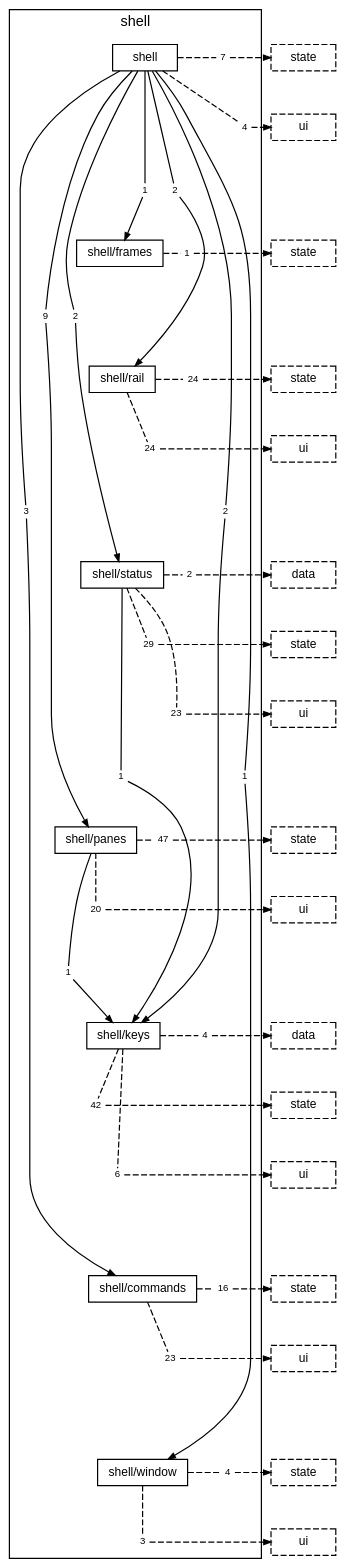
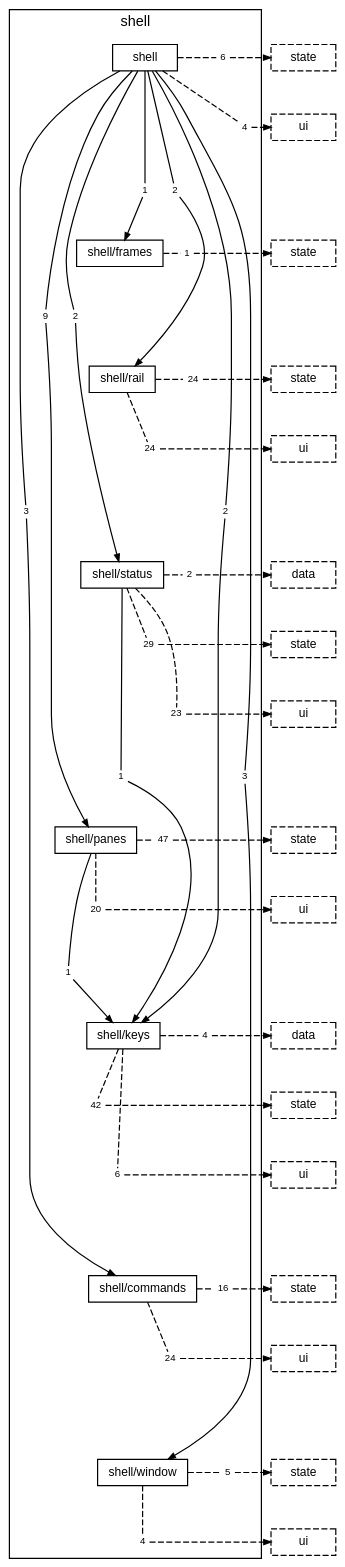
One commit to TheAxeC/oculus changed the diagram in docs/diagrams/layer-shell.dot. Above: the diagram before and after it, drawn with Graphviz. The commit also changed 390 other files, not shown here.

```diff
--- a/docs/diagrams/layer-shell.dot
+++ b/docs/diagrams/layer-shell.dot
@@ -1,135 +1,135 @@
 digraph layer_shell {
     graph [bgcolor="transparent", rankdir=TB, newrank=true, mclimit=4, fontname="Helvetica,Arial,sans-serif", fontsize=12, nodesep=0.2, ranksep=0.5];
     node [shape=box, color="black", fontcolor="black", fontname="Helvetica,Arial,sans-serif", fontsize=10, height=0.3, margin="0.12,0.04"];
     edge [color="black", fontcolor="black", fontname="Helvetica,Arial,sans-serif", fontsize=8, arrowsize=0.6];
     subgraph "cluster_shell" {
         label="shell"; style=solid;
         "folder shell" [label="shell"];
         "folder shell/frames" [label="shell/frames"];
         "folder shell/rail" [label="shell/rail"];
         "folder shell/status" [label="shell/status"];
         "folder shell/panes" [label="shell/panes"];
         "folder shell/keys" [label="shell/keys"];
         "folder shell/commands" [label="shell/commands"];
         "folder shell/window" [label="shell/window"];
         "folder shell to folder shell/commands" [label="3", shape=box, color="transparent", fontsize=8, width=0, height=0, margin="0.04,0.02"];
         "folder shell to folder shell/frames" [label="1", shape=box, color="transparent", fontsize=8, width=0, height=0, margin="0.04,0.02"];
         "folder shell to folder shell/keys" [label="2", shape=box, color="transparent", fontsize=8, width=0, height=0, margin="0.04,0.02"];
         "folder shell to folder shell/panes" [label="9", shape=box, color="transparent", fontsize=8, width=0, height=0, margin="0.04,0.02"];
         "folder shell to folder shell/rail" [label="2", shape=box, color="transparent", fontsize=8, width=0, height=0, margin="0.04,0.02"];
         "folder shell to folder shell/status" [label="2", shape=box, color="transparent", fontsize=8, width=0, height=0, margin="0.04,0.02"];
-        "folder shell to folder shell/window" [label="1", shape=box, color="transparent", fontsize=8, width=0, height=0, margin="0.04,0.02"];
-        "folder shell to layer state" [label="7", shape=box, color="transparent", fontsize=8, width=0, height=0, margin="0.04,0.02"];
+        "folder shell to folder shell/window" [label="3", shape=box, color="transparent", fontsize=8, width=0, height=0, margin="0.04,0.02"];
+        "folder shell to layer state" [label="6", shape=box, color="transparent", fontsize=8, width=0, height=0, margin="0.04,0.02"];
         "folder shell to layer ui" [label="4", shape=box, color="transparent", fontsize=8, width=0, height=0, margin="0.04,0.02"];
         "folder shell/frames to layer state" [label="1", shape=box, color="transparent", fontsize=8, width=0, height=0, margin="0.04,0.02"];
         "folder shell/rail to layer state" [label="24", shape=box, color="transparent", fontsize=8, width=0, height=0, margin="0.04,0.02"];
         "folder shell/rail to layer ui" [label="24", shape=box, color="transparent", fontsize=8, width=0, height=0, margin="0.04,0.02"];
         "folder shell/status to folder shell/keys" [label="1", shape=box, color="transparent", fontsize=8, width=0, height=0, margin="0.04,0.02"];
         "folder shell/status to layer data" [label="2", shape=box, color="transparent", fontsize=8, width=0, height=0, margin="0.04,0.02"];
         "folder shell/status to layer state" [label="29", shape=box, color="transparent", fontsize=8, width=0, height=0, margin="0.04,0.02"];
         "folder shell/status to layer ui" [label="23", shape=box, color="transparent", fontsize=8, width=0, height=0, margin="0.04,0.02"];
         "folder shell/panes to folder shell/keys" [label="1", shape=box, color="transparent", fontsize=8, width=0, height=0, margin="0.04,0.02"];
         "folder shell/panes to layer state" [label="47", shape=box, color="transparent", fontsize=8, width=0, height=0, margin="0.04,0.02"];
         "folder shell/panes to layer ui" [label="20", shape=box, color="transparent", fontsize=8, width=0, height=0, margin="0.04,0.02"];
         "folder shell/keys to layer data" [label="4", shape=box, color="transparent", fontsize=8, width=0, height=0, margin="0.04,0.02"];
         "folder shell/keys to layer state" [label="42", shape=box, color="transparent", fontsize=8, width=0, height=0, margin="0.04,0.02"];
         "folder shell/keys to layer ui" [label="6", shape=box, color="transparent", fontsize=8, width=0, height=0, margin="0.04,0.02"];
         "folder shell/commands to layer state" [label="16", shape=box, color="transparent", fontsize=8, width=0, height=0, margin="0.04,0.02"];
-        "folder shell/commands to layer ui" [label="23", shape=box, color="transparent", fontsize=8, width=0, height=0, margin="0.04,0.02"];
-        "folder shell/window to layer state" [label="4", shape=box, color="transparent", fontsize=8, width=0, height=0, margin="0.04,0.02"];
-        "folder shell/window to layer ui" [label="3", shape=box, color="transparent", fontsize=8, width=0, height=0, margin="0.04,0.02"];
+        "folder shell/commands to layer ui" [label="24", shape=box, color="transparent", fontsize=8, width=0, height=0, margin="0.04,0.02"];
+        "folder shell/window to layer state" [label="5", shape=box, color="transparent", fontsize=8, width=0, height=0, margin="0.04,0.02"];
+        "folder shell/window to layer ui" [label="4", shape=box, color="transparent", fontsize=8, width=0, height=0, margin="0.04,0.02"];
     }
     "layer state from folder shell" [label="state", style=dashed];
     "layer ui from folder shell" [label="ui", style=dashed];
     "layer state from folder shell/frames" [label="state", style=dashed];
     "layer state from folder shell/rail" [label="state", style=dashed];
     "layer ui from folder shell/rail" [label="ui", style=dashed];
     "layer data from folder shell/status" [label="data", style=dashed];
     "layer state from folder shell/status" [label="state", style=dashed];
     "layer ui from folder shell/status" [label="ui", style=dashed];
     "layer state from folder shell/panes" [label="state", style=dashed];
     "layer ui from folder shell/panes" [label="ui", style=dashed];
     "layer data from folder shell/keys" [label="data", style=dashed];
     "layer state from folder shell/keys" [label="state", style=dashed];
     "layer ui from folder shell/keys" [label="ui", style=dashed];
     "layer state from folder shell/commands" [label="state", style=dashed];
     "layer ui from folder shell/commands" [label="ui", style=dashed];
     "layer state from folder shell/window" [label="state", style=dashed];
     "layer ui from folder shell/window" [label="ui", style=dashed];
     "folder shell" -> "folder shell/frames" [style=invis, weight=10, minlen=3];
     "folder shell/frames" -> "folder shell/rail" [style=invis, weight=10, minlen=2];
     "folder shell/rail" -> "folder shell/status" [style=invis, weight=10, minlen=3];
     "folder shell/status" -> "folder shell/panes" [style=invis, weight=10, minlen=4];
     "folder shell/panes" -> "folder shell/keys" [style=invis, weight=10, minlen=3];
     "folder shell/keys" -> "folder shell/commands" [style=invis, weight=10, minlen=4];
     "folder shell/commands" -> "folder shell/window" [style=invis, weight=10, minlen=3];
     "folder shell" -> "folder shell to folder shell/commands" [arrowhead=none, minlen=7, weight=10];
     "folder shell to folder shell/commands" -> "folder shell/commands" [];
     "folder shell" -> "folder shell to folder shell/frames" [arrowhead=none, minlen=2, weight=10];
     "folder shell to folder shell/frames" -> "folder shell/frames" [];
     "folder shell" -> "folder shell to folder shell/keys" [arrowhead=none, minlen=7, weight=10];
     "folder shell to folder shell/keys" -> "folder shell/keys" [];
     "folder shell" -> "folder shell to folder shell/panes" [arrowhead=none, minlen=4, weight=10];
     "folder shell to folder shell/panes" -> "folder shell/panes" [];
     "folder shell" -> "folder shell to folder shell/rail" [arrowhead=none, minlen=2, weight=10];
     "folder shell to folder shell/rail" -> "folder shell/rail" [];
     "folder shell" -> "folder shell to folder shell/status" [arrowhead=none, minlen=4, weight=10];
     "folder shell to folder shell/status" -> "folder shell/status" [];
     "folder shell" -> "folder shell to folder shell/window" [arrowhead=none, minlen=11, weight=10];
     "folder shell to folder shell/window" -> "folder shell/window" [];
     "folder shell" -> "folder shell to layer state" [arrowhead=none, style=dashed];
     "folder shell to layer state" -> "layer state from folder shell" [style=dashed];
     { rank=same; "folder shell"; "folder shell to layer state"; "layer state from folder shell"; }
     "folder shell" -> "folder shell to layer ui" [arrowhead=none, style=dashed, minlen=1, weight=10];
     "folder shell to layer ui" -> "layer ui from folder shell" [style=dashed];
     { rank=same; "folder shell to layer ui"; "layer ui from folder shell"; }
     "folder shell/frames" -> "folder shell/frames to layer state" [arrowhead=none, style=dashed];
     "folder shell/frames to layer state" -> "layer state from folder shell/frames" [style=dashed];
     { rank=same; "folder shell/frames"; "folder shell/frames to layer state"; "layer state from folder shell/frames"; }
     "folder shell/rail" -> "folder shell/rail to layer state" [arrowhead=none, style=dashed];
     "folder shell/rail to layer state" -> "layer state from folder shell/rail" [style=dashed];
     { rank=same; "folder shell/rail"; "folder shell/rail to layer state"; "layer state from folder shell/rail"; }
     "folder shell/rail" -> "folder shell/rail to layer ui" [arrowhead=none, style=dashed, minlen=1, weight=10];
     "folder shell/rail to layer ui" -> "layer ui from folder shell/rail" [style=dashed];
     { rank=same; "folder shell/rail to layer ui"; "layer ui from folder shell/rail"; }
     "folder shell/status" -> "folder shell/status to folder shell/keys" [arrowhead=none, minlen=3, weight=10];
     "folder shell/status to folder shell/keys" -> "folder shell/keys" [];
     "folder shell/status" -> "folder shell/status to layer data" [arrowhead=none, style=dashed];
     "folder shell/status to layer data" -> "layer data from folder shell/status" [style=dashed];
     { rank=same; "folder shell/status"; "folder shell/status to layer data"; "layer data from folder shell/status"; }
     "folder shell/status" -> "folder shell/status to layer state" [arrowhead=none, style=dashed, minlen=1, weight=10];
     "folder shell/status to layer state" -> "layer state from folder shell/status" [style=dashed];
     { rank=same; "folder shell/status to layer state"; "layer state from folder shell/status"; }
     "folder shell/status" -> "folder shell/status to layer ui" [arrowhead=none, style=dashed, minlen=2, weight=10];
     "folder shell/status to layer ui" -> "layer ui from folder shell/status" [style=dashed];
     { rank=same; "folder shell/status to layer ui"; "layer ui from folder shell/status"; }
     "folder shell/panes" -> "folder shell/panes to folder shell/keys" [arrowhead=none, minlen=2, weight=10];
     "folder shell/panes to folder shell/keys" -> "folder shell/keys" [];
     "folder shell/panes" -> "folder shell/panes to layer state" [arrowhead=none, style=dashed];
     "folder shell/panes to layer state" -> "layer state from folder shell/panes" [style=dashed];
     { rank=same; "folder shell/panes"; "folder shell/panes to layer state"; "layer state from folder shell/panes"; }
     "folder shell/panes" -> "folder shell/panes to layer ui" [arrowhead=none, style=dashed, minlen=1, weight=10];
     "folder shell/panes to layer ui" -> "layer ui from folder shell/panes" [style=dashed];
     { rank=same; "folder shell/panes to layer ui"; "layer ui from folder shell/panes"; }
     "folder shell/keys" -> "folder shell/keys to layer data" [arrowhead=none, style=dashed];
     "folder shell/keys to layer data" -> "layer data from folder shell/keys" [style=dashed];
     { rank=same; "folder shell/keys"; "folder shell/keys to layer data"; "layer data from folder shell/keys"; }
     "folder shell/keys" -> "folder shell/keys to layer state" [arrowhead=none, style=dashed, minlen=1, weight=10];
     "folder shell/keys to layer state" -> "layer state from folder shell/keys" [style=dashed];
     { rank=same; "folder shell/keys to layer state"; "layer state from folder shell/keys"; }
     "folder shell/keys" -> "folder shell/keys to layer ui" [arrowhead=none, style=dashed, minlen=2, weight=10];
     "folder shell/keys to layer ui" -> "layer ui from folder shell/keys" [style=dashed];
     { rank=same; "folder shell/keys to layer ui"; "layer ui from folder shell/keys"; }
     "folder shell/commands" -> "folder shell/commands to layer state" [arrowhead=none, style=dashed];
     "folder shell/commands to layer state" -> "layer state from folder shell/commands" [style=dashed];
     { rank=same; "folder shell/commands"; "folder shell/commands to layer state"; "layer state from folder shell/commands"; }
     "folder shell/commands" -> "folder shell/commands to layer ui" [arrowhead=none, style=dashed, minlen=1, weight=10];
     "folder shell/commands to layer ui" -> "layer ui from folder shell/commands" [style=dashed];
     { rank=same; "folder shell/commands to layer ui"; "layer ui from folder shell/commands"; }
     "folder shell/window" -> "folder shell/window to layer state" [arrowhead=none, style=dashed];
     "folder shell/window to layer state" -> "layer state from folder shell/window" [style=dashed];
     { rank=same; "folder shell/window"; "folder shell/window to layer state"; "layer state from folder shell/window"; }
     "folder shell/window" -> "folder shell/window to layer ui" [arrowhead=none, style=dashed, minlen=1, weight=10];
     "folder shell/window to layer ui" -> "layer ui from folder shell/window" [style=dashed];
     { rank=same; "folder shell/window to layer ui"; "layer ui from folder shell/window"; }
 }
```
